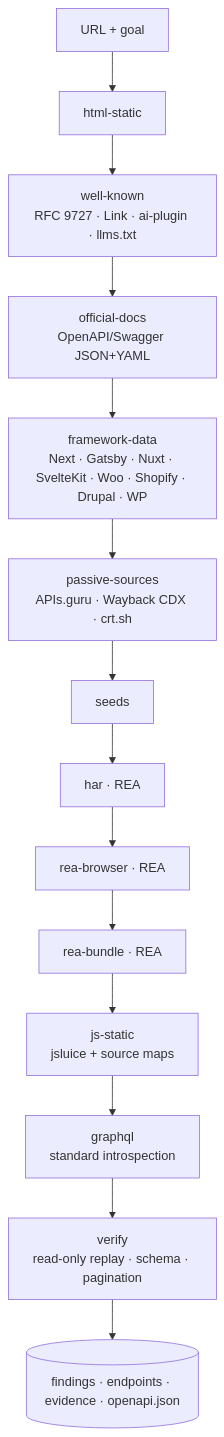
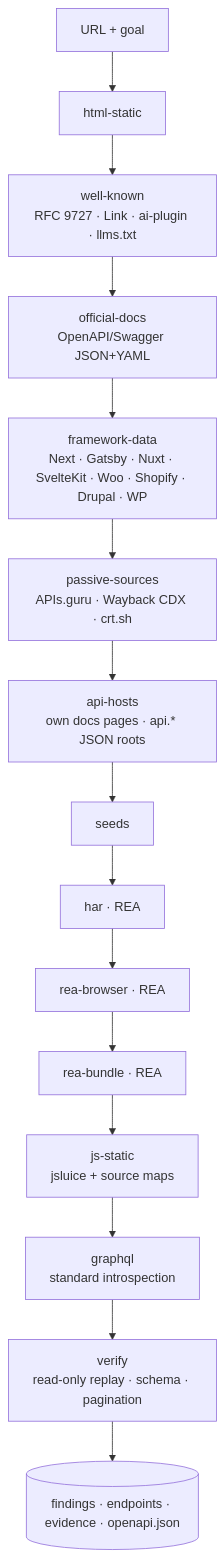
The diagram in docs/workflow.md (vitorcgo/rea-from-api), drawn with Mermaid before and after one commit. The commit also changed other lines of this file and 14 other files, not shown here.

````diff
--- a/docs/workflow.md
+++ b/docs/workflow.md
@@ -3,15 +3,16 @@
 ```mermaid
 flowchart TD
   A[URL + goal] --> H[html-static]
   H --> W[well-known<br/>RFC 9727 · Link · ai-plugin · llms.txt]
   W --> D[official-docs<br/>OpenAPI/Swagger JSON+YAML]
   D --> F[framework-data<br/>Next · Gatsby · Nuxt · SvelteKit · Woo · Shopify · Drupal · WP]
   F --> P[passive-sources<br/>APIs.guru · Wayback CDX · crt.sh]
-  P --> S[seeds] --> R[har · REA]
+  P --> AH[api-hosts<br/>own docs pages · api.* JSON roots]
+  AH --> S[seeds] --> R[har · REA]
   R --> B[rea-browser · REA]
   B --> U[rea-bundle · REA]
   U --> J[js-static<br/>jsluice + source maps]
   J --> G[graphql<br/>standard introspection]
   G --> V[verify<br/>read-only replay · schema · pagination]
   V --> I[(findings · endpoints · evidence · openapi.json)]
 ```
````
